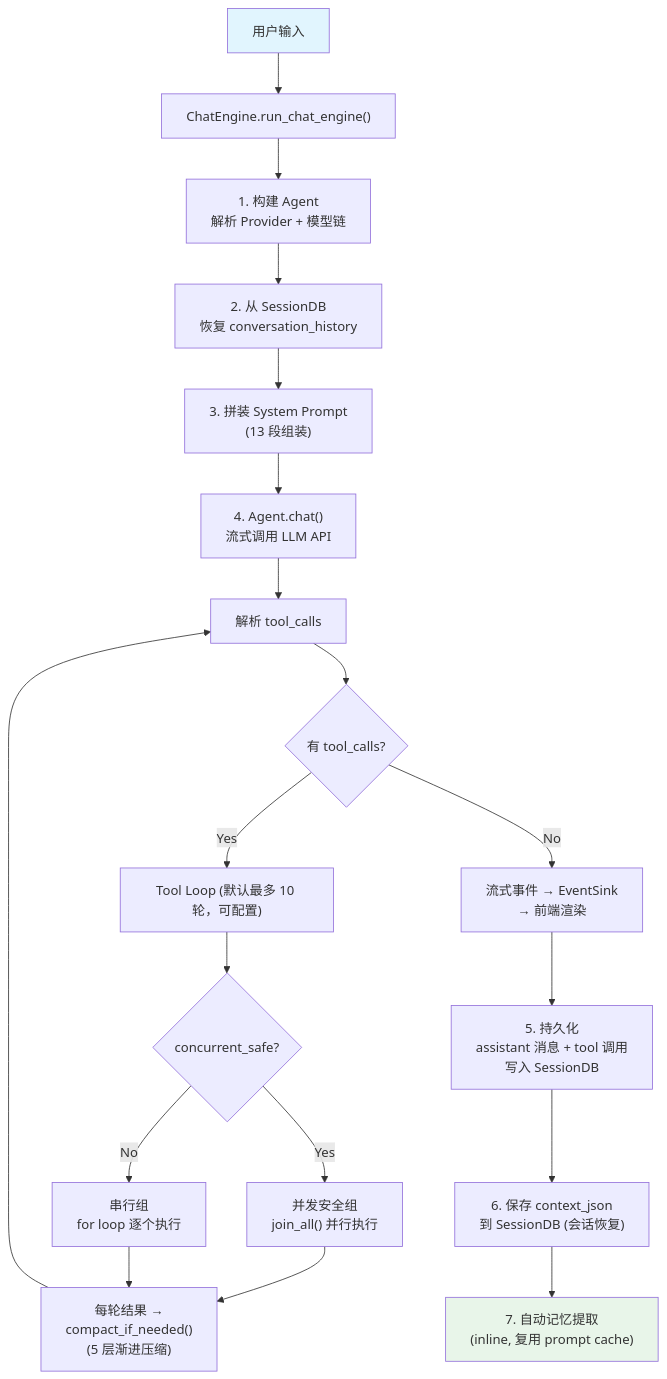
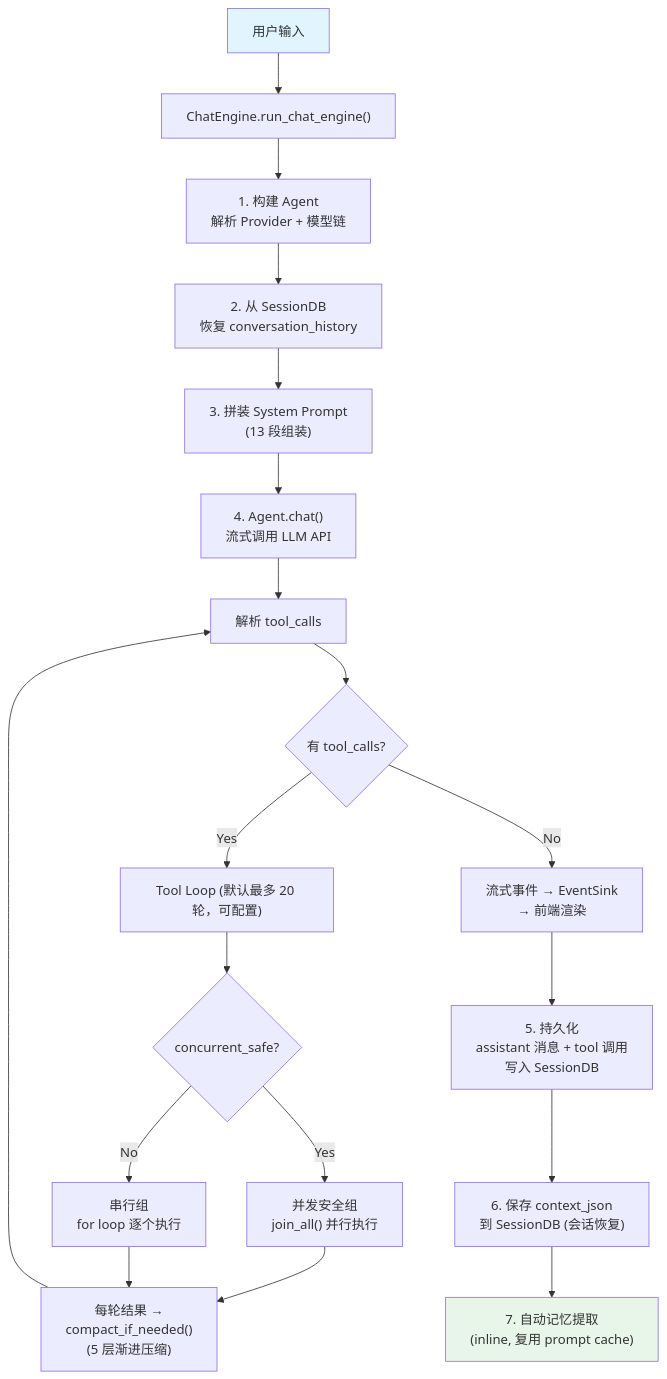
The second of 4 diagrams in docs/architecture/overview.md (shiwenwen/hope-agent), drawn with Mermaid before and after one commit. The commit also changed 9 other files, not shown here.

````diff
--- a/docs/architecture/overview.md
+++ b/docs/architecture/overview.md
@@ -84,26 +84,26 @@
 ```mermaid
 flowchart TD
     A["用户输入"] --> B["ChatEngine.run_chat_engine()"]
     B --> C["1. 构建 Agent<br/>解析 Provider + 模型链"]
     C --> D["2. 从 SessionDB<br/>恢复 conversation_history"]
     D --> E["3. 拼装 System Prompt<br/>(13 段组装)"]
     E --> F["4. Agent.chat()<br/>流式调用 LLM API"]
 
     F --> G["解析 tool_calls"]
     G --> H{"有 tool_calls?"}
-    H -- Yes --> I["Tool Loop (默认最多 10 轮，可配置)"]
+    H -- Yes --> I["Tool Loop (默认最多 20 轮，可配置)"]
     I --> J{"concurrent_safe?"}
     J -- Yes --> K["并发安全组<br/>join_all() 并行执行"]
     J -- No --> L["串行组<br/>for loop 逐个执行"]
     K --> M["每轮结果 →<br/>compact_if_needed()<br/>(5 层渐进压缩)"]
     L --> M
     M --> G
 
     H -- No --> N["流式事件 → EventSink<br/>→ 前端渲染"]
     N --> O["5. 持久化<br/>assistant 消息 + tool 调用<br/>写入 SessionDB"]
     O --> P["6. 保存 context_json<br/>到 SessionDB (会话恢复)"]
     P --> Q["7. 自动记忆提取<br/>(inline, 复用 prompt cache)"]
 
     style A fill:#e1f5fe
     style Q fill:#e8f5e9
 ```
````
